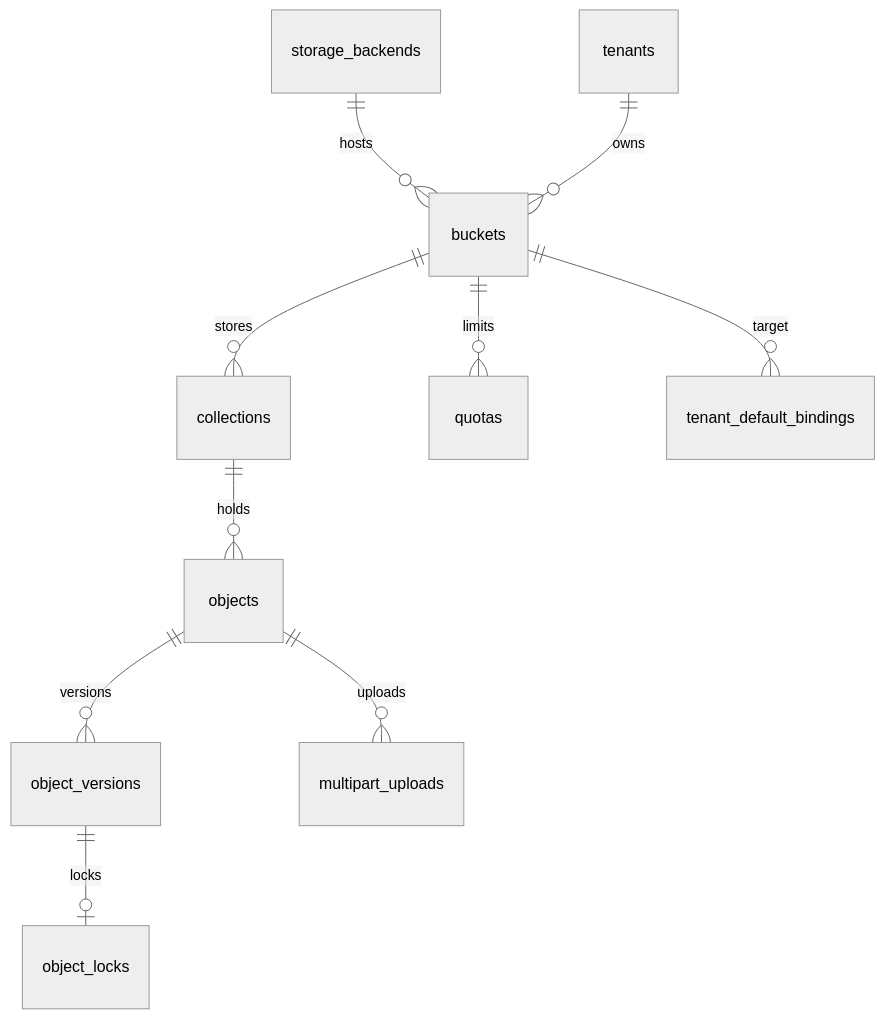
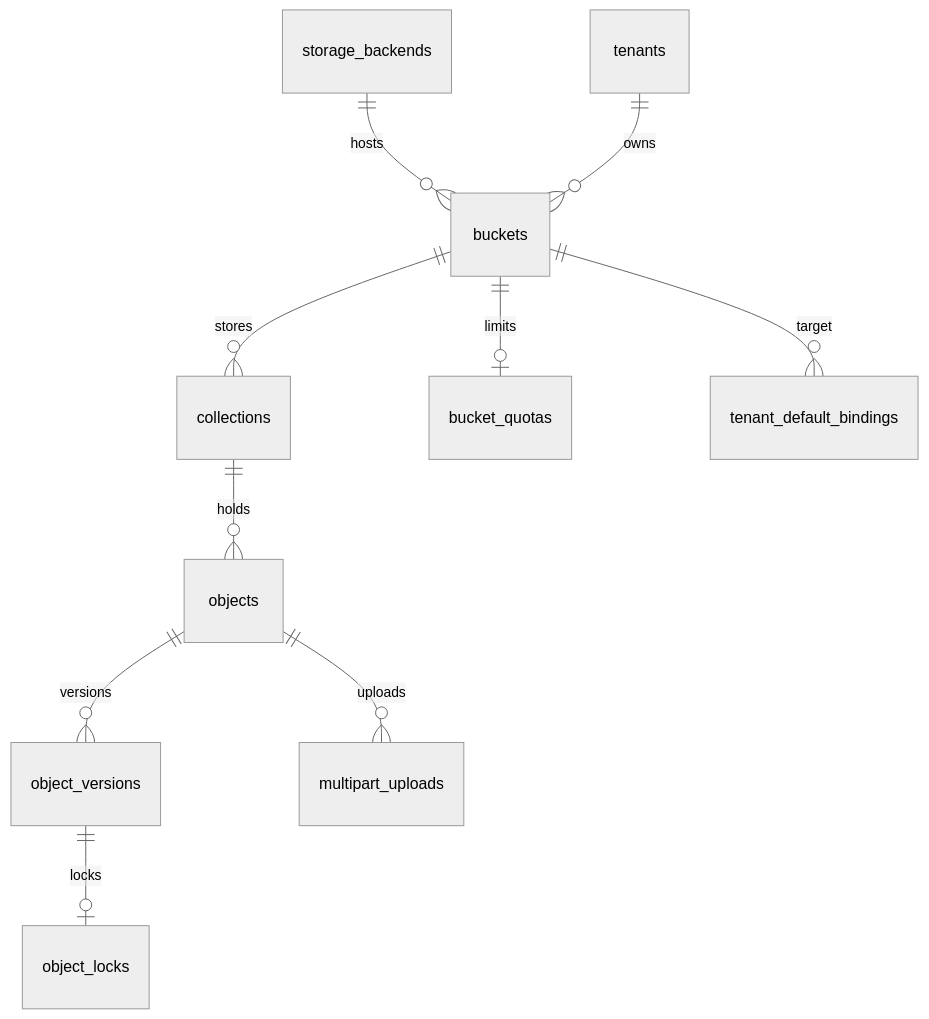
Diagram 11 of 13 in backend/docs/diagrams.md (oleg-tkachuk/paladin), drawn with Mermaid (neutral theme) before and after one commit. The commit also changed 7 other files, not shown here.

First line of the commit message:
docs: record bucket quotas as platform configuration in ADR-0025

````diff
--- a/backend/docs/diagrams.md
+++ b/backend/docs/diagrams.md
@@ -406,12 +406,12 @@
 ```mermaid
 erDiagram
     storage_backends ||--o{ buckets : hosts
     tenants ||--o{ buckets : owns
     buckets ||--o{ collections : stores
     collections ||--o{ objects : holds
     objects ||--o{ object_versions : versions
     object_versions ||--o| object_locks : locks
     objects ||--o{ multipart_uploads : uploads
-    buckets ||--o{ quotas : limits
+    buckets ||--o| bucket_quotas : limits
     buckets ||--o{ tenant_default_bindings : target
 ```
````
